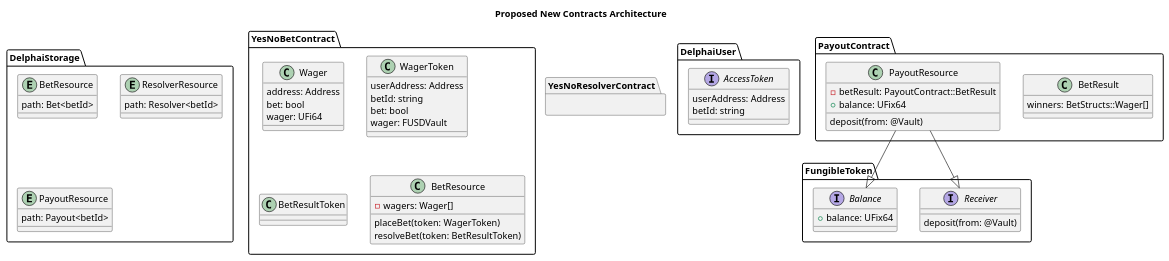
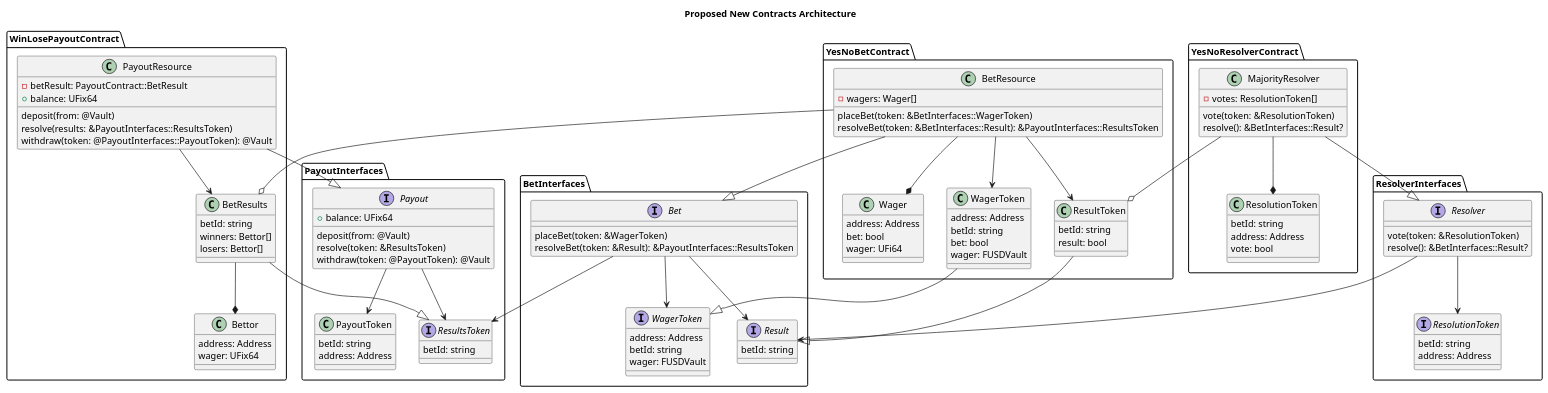
The diagram in docs/Diagrams/src/Architecture/newContractArch.puml (adhurjaty/prediction-app), drawn with PlantUML before and after one commit. The commit also changed 1 other file, not shown here.

Commit message:
wip new contract arch diagrams

```diff
--- a/docs/Diagrams/src/Architecture/newContractArch.puml
+++ b/docs/Diagrams/src/Architecture/newContractArch.puml
@@ -1,79 +1,139 @@
 @startuml newContractArch
 
 title Proposed New Contracts Architecture
 
-namespace DelphaiStorage {
-    entity BetResource {
-        path: Bet<betId>
+namespace BetInterfaces {
+    interface WagerToken {
+        address: Address
+        betId: string
+        wager: FUSDVault
     }
-    entity ResolverResource {
-        path: Resolver<betId>
+
+    interface Result {
+        betId: string
     }
-    entity PayoutResource {
-        path: Payout<betId>
-    }
-}
 
-namespace DelphaiUser {
-    interface AccessToken {
-        userAddress: Address
-        betId: string
+    interface Bet {
+        placeBet(token: &WagerToken)
+        resolveBet(token: &Result): &PayoutInterfaces::ResultsToken
     }
 }
 
 namespace YesNoBetContract {
     class Wager {
         address: Address
         bet: bool
         wager: UFi64
     }
 
     class WagerToken {
-        userAddress: Address
+        address: Address
         betId: string
         bet: bool
         wager: FUSDVault
     }
 
-    class BetResultToken {
-        
+    class ResultToken {
+        betId: string
+        result: bool
     }
 
     class BetResource {
         - wagers: Wager[]
         
-        placeBet(token: WagerToken)
-        resolveBet(token: BetResultToken)
+        placeBet(token: &BetInterfaces::WagerToken)
+        resolveBet(token: &BetInterfaces::Result): &PayoutInterfaces::ResultsToken
+    }
+}
+
+namespace ResolverInterfaces {
+    interface ResolutionToken {
+        betId: string
+        address: Address
+    }
+
+    interface Resolver {
+        vote(token: &ResolutionToken)
+        resolve(): &BetInterfaces::Result?
     }
 }
 
 namespace YesNoResolverContract {
-    
+    class ResolutionToken {
+        betId: string
+        address: Address
+        vote: bool
+    }
+
+    class MajorityResolver {
+        - votes: ResolutionToken[]
+        
+        vote(token: &ResolutionToken)
+        resolve(): &BetInterfaces::Result?
+    }
 }
 
-namespace PayoutContract {
-    class BetResult {
-        winners: BetStructs::Wager[]
+namespace PayoutInterfaces {
+    class PayoutToken {
+        betId: string
+        address: Address
+    }
+
+    interface ResultsToken {
+        betId: string
+    }
+
+    interface Payout {
+        +balance: UFix64
+        deposit(from: @Vault)
+        resolve(token: &ResultsToken)
+        withdraw(token: @PayoutToken): @Vault
+    }
+}
+
+namespace WinLosePayoutContract {
+    class Bettor {
+        address: Address
+        wager: UFix64
+    }
+
+    class BetResults {
+        betId: string
+        winners: Bettor[]
+        losers: Bettor[]
     }
 
     class PayoutResource {
         - betResult: PayoutContract::BetResult
         +balance: UFix64
         deposit(from: @Vault)
-
+        resolve(results: &PayoutInterfaces::ResultsToken)
+        withdraw(token: @PayoutInterfaces::PayoutToken): @Vault
     }
 }
 
-namespace FungibleToken {
-    interface Receiver {
-        deposit(from: @Vault)
-    }
-    interface Balance {
-        +balance: UFix64
-    }
-}
 
-PayoutContract.PayoutResource --|> FungibleToken.Receiver
-PayoutContract.PayoutResource --|> FungibleToken.Balance
+PayoutInterfaces.Payout --> PayoutInterfaces.PayoutToken
+PayoutInterfaces.Payout --> PayoutInterfaces.ResultsToken
+WinLosePayoutContract.PayoutResource --|> PayoutInterfaces.Payout
+WinLosePayoutContract.PayoutResource --> WinLosePayoutContract.BetResults
+WinLosePayoutContract.BetResults --* WinLosePayoutContract.Bettor
+WinLosePayoutContract.BetResults --|> PayoutInterfaces.ResultsToken
 
+BetInterfaces.Bet --> BetInterfaces.WagerToken
+BetInterfaces.Bet --> BetInterfaces.Result
+BetInterfaces.Bet --> PayoutInterfaces.ResultsToken
+YesNoBetContract.BetResource --|> BetInterfaces.Bet
+YesNoBetContract.BetResource --* YesNoBetContract.Wager
+YesNoBetContract.BetResource --> YesNoBetContract.WagerToken
+YesNoBetContract.BetResource --> YesNoBetContract.ResultToken
+YesNoBetContract.BetResource --o WinLosePayoutContract.BetResults
+YesNoBetContract.WagerToken --|> BetInterfaces.WagerToken
+YesNoBetContract.ResultToken --|> BetInterfaces.Result
+
+ResolverInterfaces.Resolver --> ResolverInterfaces.ResolutionToken
+ResolverInterfaces.Resolver --> BetInterfaces.Result
+YesNoResolverContract.MajorityResolver --|> ResolverInterfaces.Resolver
+YesNoResolverContract.MajorityResolver --* YesNoResolverContract.ResolutionToken
+YesNoResolverContract.MajorityResolver --o YesNoBetContract.ResultToken
 @enduml
```
